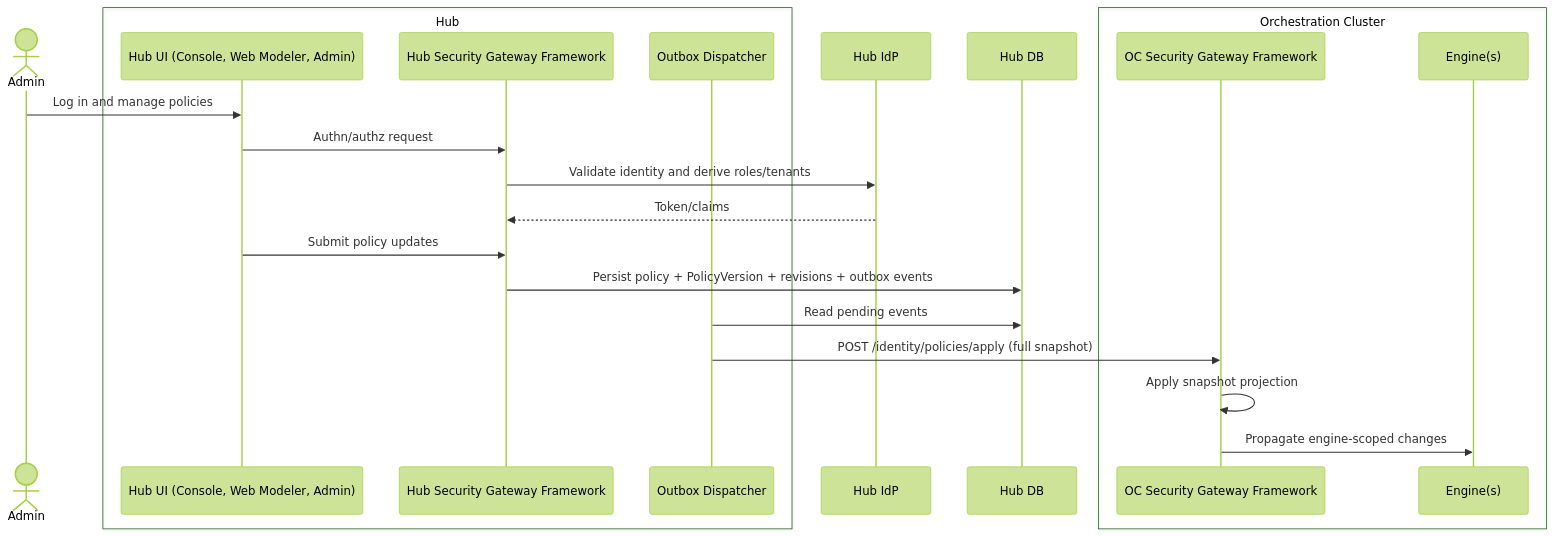
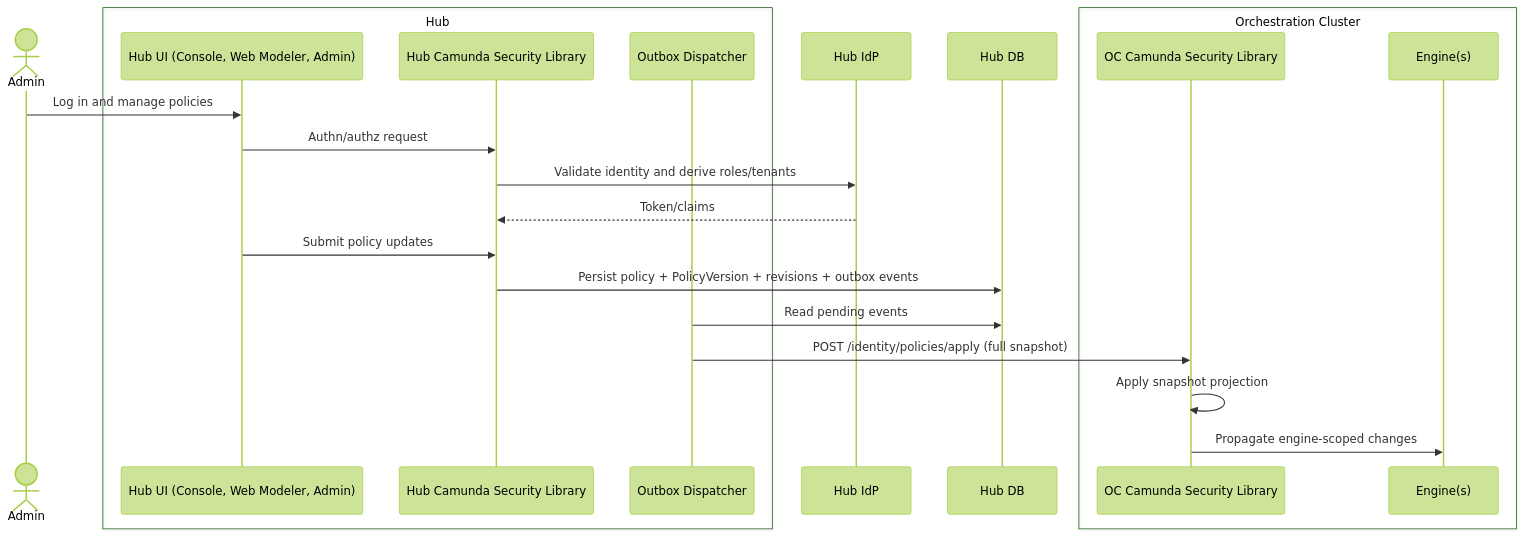
Before and after one commit to camunda/camunda-security-library: diagram 16 of 22 in docs/architecture_docs.md, drawn with Mermaid (forest theme). The commit also changed other lines of this file and 6 other files, not shown here.

````diff
--- a/docs/architecture_docs.md
+++ b/docs/architecture_docs.md
@@ -1544,26 +1542,26 @@
 ```mermaid
 sequenceDiagram
   actor Admin
   box Hub
     participant HubUI as Hub UI (Console, Web Modeler, Admin)
-    participant HubSGF as Hub Security Gateway Framework
+    participant HubCSL as Hub Camunda Security Library
     participant Outbox as Outbox Dispatcher
   end
   participant IdP as Hub IdP
   participant HubDB as Hub DB
   box Orchestration Cluster
-    participant OCSGF as OC Security Gateway Framework
+    participant OCSLF as OC Camunda Security Library
     participant Engine as Engine(s)
   end
 
   Admin->>HubUI: Log in and manage policies
-  HubUI->>HubSGF: Authn/authz request
-  HubSGF->>IdP: Validate identity and derive roles/tenants
-  IdP-->>HubSGF: Token/claims
-  HubUI->>HubSGF: Submit policy updates
-  HubSGF->>HubDB: Persist policy + PolicyVersion + revisions + outbox events
+  HubUI->>HubCSL: Authn/authz request
+  HubCSL->>IdP: Validate identity and derive roles/tenants
+  IdP-->>HubCSL: Token/claims
+  HubUI->>HubCSL: Submit policy updates
+  HubCSL->>HubDB: Persist policy + PolicyVersion + revisions + outbox events
   Outbox->>HubDB: Read pending events
-  Outbox->>OCSGF: POST /identity/policies/apply (full snapshot)
-  OCSGF->>OCSGF: Apply snapshot projection
-  OCSGF->>Engine: Propagate engine-scoped changes
+  Outbox->>OCSLF: POST /identity/policies/apply (full snapshot)
+  OCSLF->>OCSLF: Apply snapshot projection
+  OCSLF->>Engine: Propagate engine-scoped changes
 ```
````
